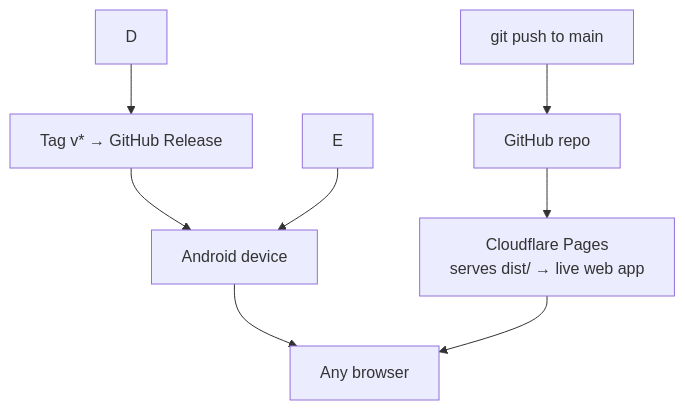
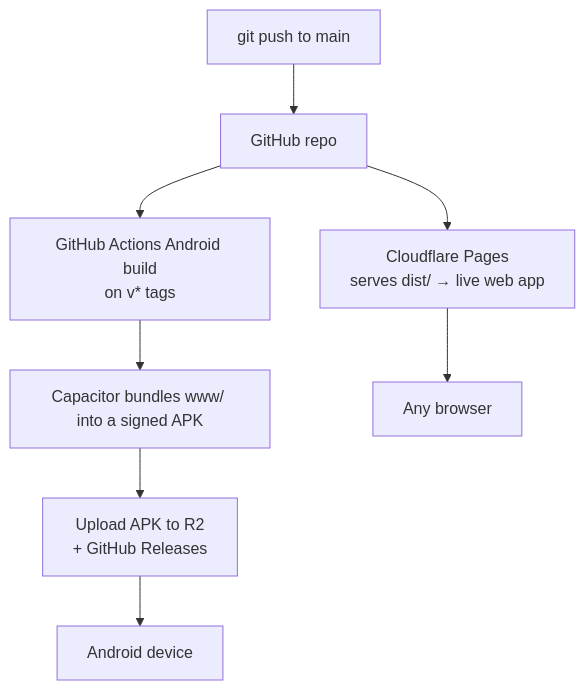
The first of 4 diagrams in ARCHITECTURE.md (minatolun-dotcom/khristian-labu), drawn with Mermaid before and after one commit. The commit also changed other lines of this file and 55 other files, not shown here.

First line of the commit message:
feat: build and publish signed Android releases

````diff
--- a/ARCHITECTURE.md
+++ b/ARCHITECTURE.md
@@ -5,10 +5,10 @@
 ```mermaid
 flowchart TD
     A[git push to main] --> B[GitHub repo]
     B --> C[Cloudflare Pages<br/>serves dist/ → live web app]
-    G[local Gradle build] --> H[Bundle www/ into Android APK<br/>via Capacitor]
-    H --> I[Upload APK to GitHub Release]
-    D --> G[Tag v* → GitHub Release]
-    E --> H[Android device]
-    C --> I[Any browser]
+    B --> D[GitHub Actions Android build<br/>on v* tags]
+    D --> E[Capacitor bundles www/ into a signed APK]
+    E --> F[Upload APK to R2<br/>+ GitHub Releases]
+    C --> G[Any browser]
+    F --> H[Android device]
 ```
````
